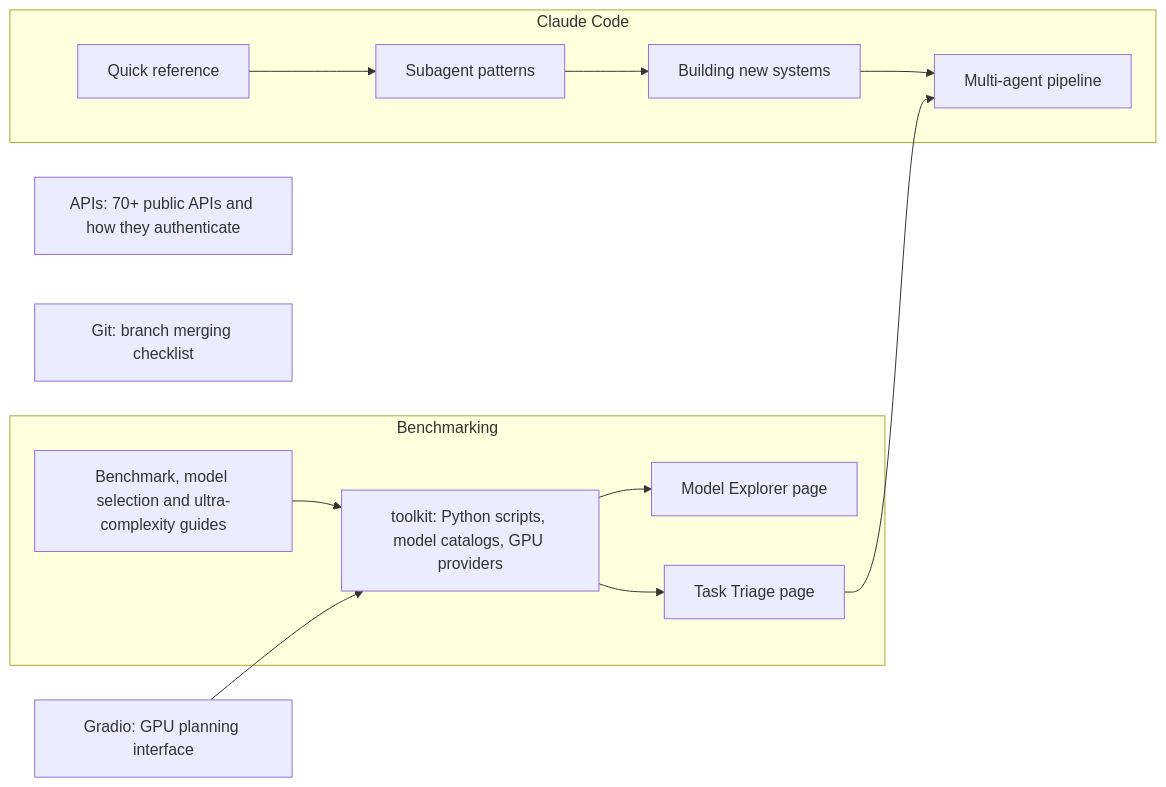
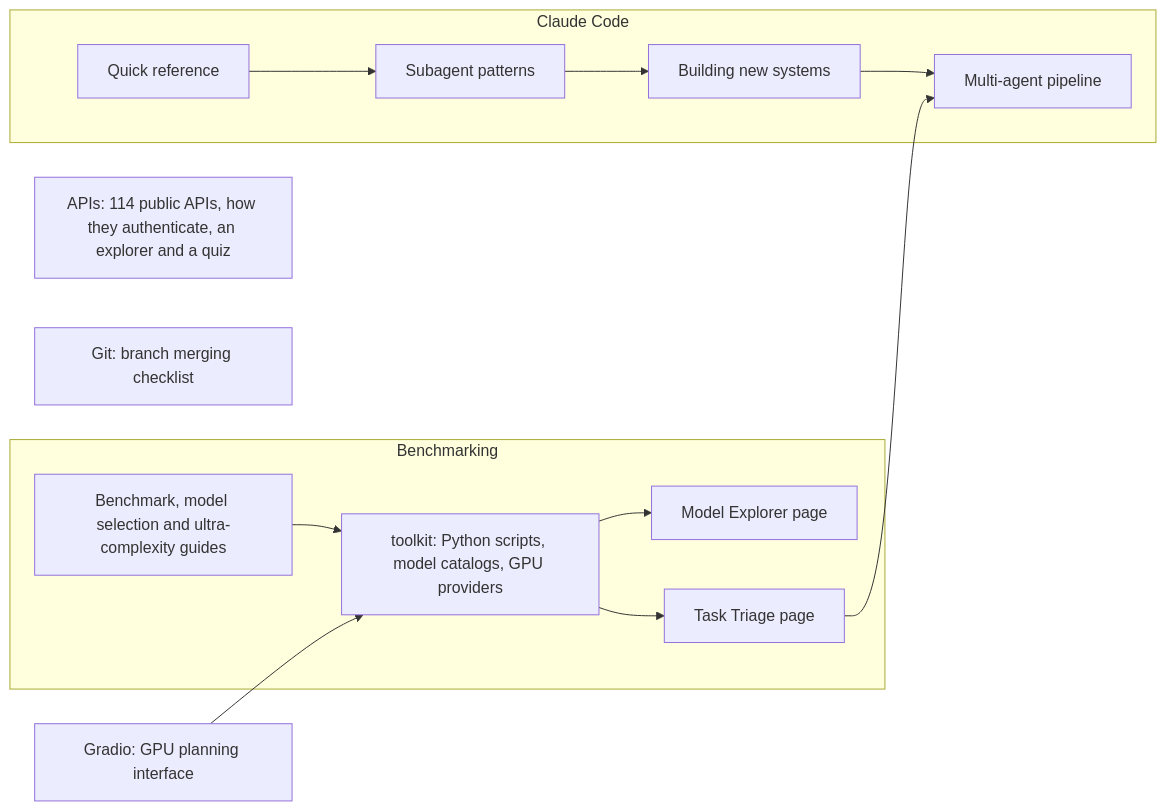
One commit to kwabs22/myclaudecodeweb250test changed the diagram in development-tools/README.md. Above: the diagram before and after it, drawn with Mermaid. The commit also changed other lines of this file and 11 other files, not shown here.

````diff
--- a/development-tools/README.md
+++ b/development-tools/README.md
@@ -5,20 +5,20 @@
 ```mermaid
 flowchart LR
   subgraph bench[Benchmarking]
     G[Benchmark, model selection and ultra-complexity guides]
     T[toolkit: Python scripts, model catalogs, GPU providers]
     ME[Model Explorer page]
     TA[Task Triage page]
   end
   subgraph cc[Claude Code]
     Q[Quick reference] --> P[Subagent patterns] --> B[Building new systems] --> M[Multi-agent pipeline]
   end
-  A[APIs: 70+ public APIs and how they authenticate]
+  A[APIs: 114 public APIs, how they authenticate, an explorer and a quiz]
   GR[Gradio: GPU planning interface]
   GIT[Git: branch merging checklist]
   T --> ME
   T --> TA
   G --> T
   GR --> T
   TA --> M
 ```
````
